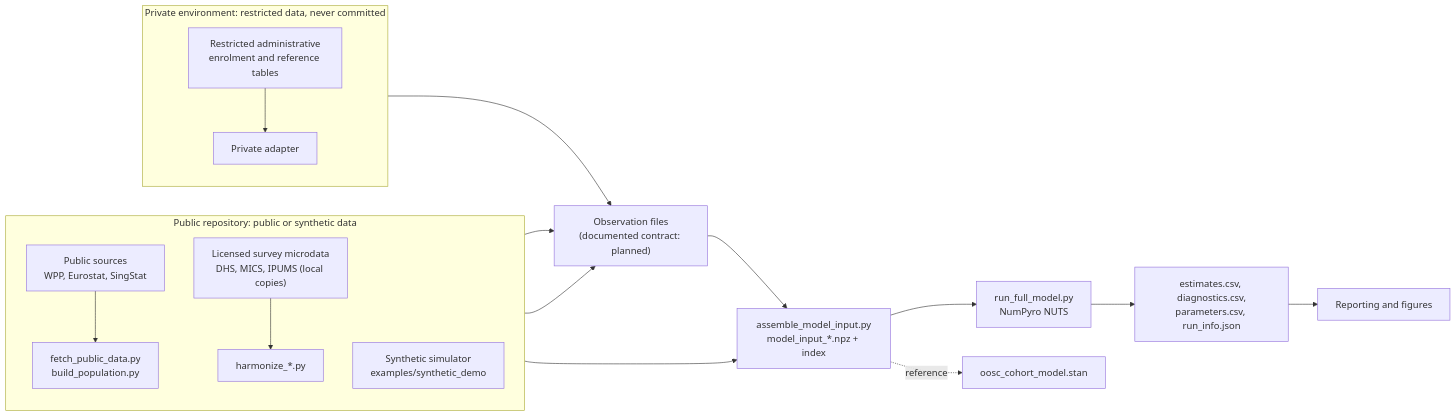
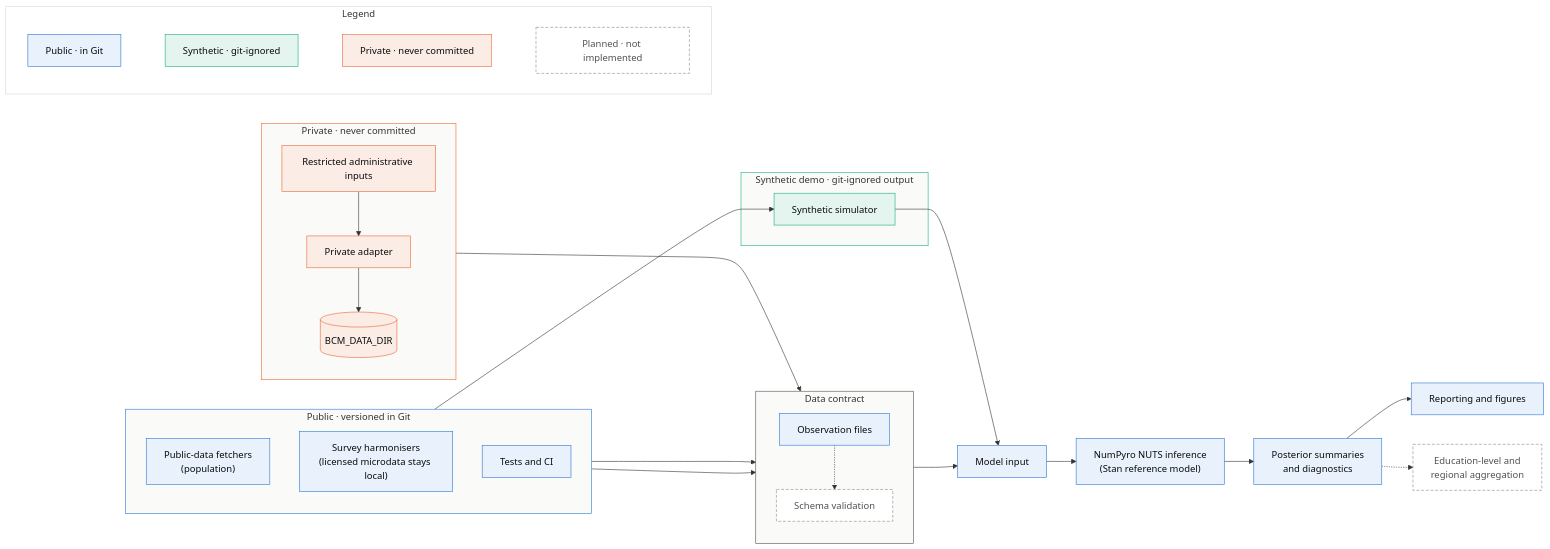
Before and after one commit to EllenSyuu/BCM: the diagram in README.md, drawn with Mermaid. The commit also changed other lines of this file and 3 other files, not shown here.

First line of the commit message:
Consolidate README diagrams and add a security policy

````diff
--- a/README.md
+++ b/README.md
@@ -66,22 +62,56 @@
 ```mermaid
 flowchart LR
-  subgraph PUBLIC["Public repository: public or synthetic data"]
+  subgraph PUB["Public · versioned in Git"]
     direction TB
-    P1["Public sources<br/>WPP, Eurostat, SingStat"] --> P2["fetch_public_data.py<br/>build_population.py"]
-    P3["Licensed survey microdata<br/>DHS, MICS, IPUMS (local copies)"] --> P4["harmonize_*.py"]
-    S1["Synthetic simulator<br/>examples/synthetic_demo"]
+    SRC["Public-data fetchers<br/>(population)"]
+    LIC["Survey harmonisers<br/>(licensed microdata stays local)"]
+    CI["Tests and CI"]
   end
-  subgraph PRIVATE["Private environment: restricted data, never committed"]
+  subgraph SYN["Synthetic demo · git-ignored output"]
+    SIM["Synthetic simulator"]
+  end
+  subgraph PRIV["Private · never committed"]
     direction TB
-    R1["Restricted administrative<br/>enrolment and reference tables"] --> R2["Private adapter"]
+    ADM["Restricted administrative inputs"] --> ADP["Private adapter"]
+    ADP --> ROOT[("BCM_DATA_DIR")]
   end
-  P2 --> C["Observation files<br/>(documented contract: planned)"]
-  P4 --> C
-  R2 --> C
-  C --> M["assemble_model_input.py<br/>model_input_*.npz + index"]
-  S1 --> M
-  M --> F["run_full_model.py<br/>NumPyro NUTS"]
-  M -. "reference" .-> STAN["oosc_cohort_model.stan"]
-  F --> O["estimates.csv, diagnostics.csv,<br/>parameters.csv, run_info.json"]
-  O --> V["Reporting and figures"]
+  subgraph CON["Data contract"]
+    direction TB
+    OBS["Observation files"]
+    VAL["Schema validation"]
+  end
+  SRC --> OBS
+  LIC --> OBS
+  ROOT --> OBS
+  OBS -.-> VAL
+  OBS --> MI["Model input"]
+  SIM --> MI
+  CI --> SIM
+  MI --> INF["NumPyro NUTS inference<br/>(Stan reference model)"]
+  INF --> POST["Posterior summaries<br/>and diagnostics"]
+  POST --> REP["Reporting and figures"]
+  POST -.-> AGG["Education-level and<br/>regional aggregation"]
+
+  subgraph KEY["Legend"]
+    direction LR
+    K1["Public · in Git"]
+    K2["Synthetic · git-ignored"]
+    K3["Private · never committed"]
+    K4["Planned · not implemented"]
+    K1 ~~~ K2 ~~~ K3 ~~~ K4
+  end
+
+  classDef pub fill:#e8f1fc,stroke:#2a78d6,color:#0b0b0b
+  classDef syn fill:#e3f5ee,stroke:#1baf7a,color:#0b0b0b
+  classDef priv fill:#fbece6,stroke:#eb6834,color:#0b0b0b
+  classDef plan fill:#ffffff,stroke:#8a8984,stroke-dasharray:5 3,color:#52514e
+  class SRC,LIC,CI,OBS,MI,INF,POST,REP,K1 pub
+  class SIM,K2 syn
+  class ADM,ADP,ROOT,K3 priv
+  class VAL,AGG,K4 plan
+  style PUB fill:#fafaf8,stroke:#2a78d6
+  style SYN fill:#fafaf8,stroke:#1baf7a
+  style PRIV fill:#fafaf8,stroke:#eb6834
+  style CON fill:#fafaf8,stroke:#52514e
+  style KEY fill:#ffffff,stroke:#d6d5d0
 ```
````
